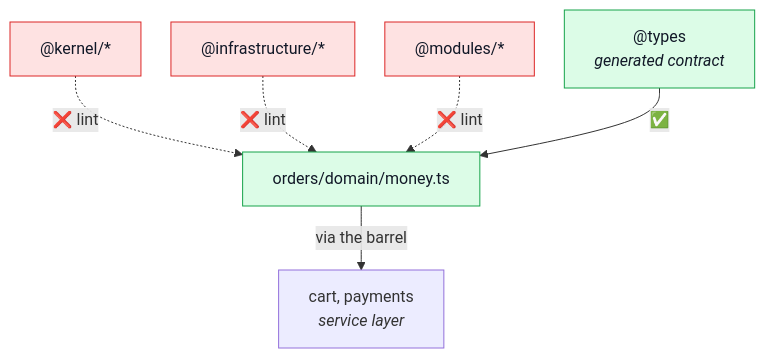
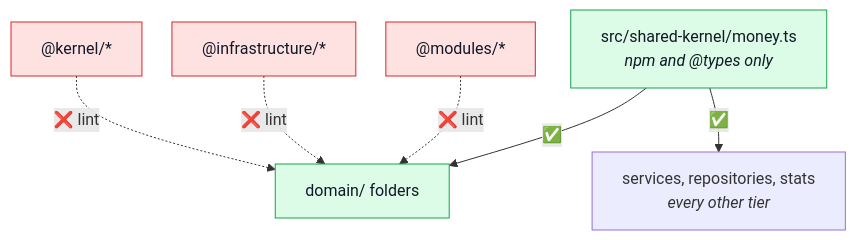
The tenth of 11 diagrams in docs/theory/tactical-ddd.md (Guebbit/boilerplate-node-backend), drawn with Mermaid before and after one commit. The commit also changed other lines of this file and 32 other files, not shown here.

First line of the commit message:
refactor(shared-kernel): move Money to its own tier that domain folders may import

````diff
--- a/docs/theory/tactical-ddd.md
+++ b/docs/theory/tactical-ddd.md
@@ -429,14 +429,14 @@
 ```mermaid
 %%{init: {'flowchart': {'nodeSpacing': 30, 'rankSpacing': 40}}}%%
 flowchart TD
-    K["@kernel/*"] -.->|"❌ lint"| D["orders/domain/money.ts"]
+    K["@kernel/*"] -.->|"❌ lint"| D["domain/ folders"]
     I["@infrastructure/*"] -.->|"❌ lint"| D
     S["@modules/*"] -.->|"❌ lint"| D
-    T["@types<br/><i>generated contract</i>"] -->|"✅"| D
-    D -->|"via the barrel"| C["cart, payments<br/><i>service layer</i>"]
+    SK["src/shared-kernel/money.ts<br/><i>npm and @types only</i>"] -->|"✅"| D
+    SK -->|"✅"| C["services, repositories, stats<br/><i>every other tier</i>"]
 
     classDef pure fill:#dcfce7,stroke:#16a34a,color:#111827;
     classDef banned fill:#fee2e2,stroke:#dc2626,color:#111827;
-    class D,T pure;
+    class D,SK pure;
     class K,I,S banned;
 ```
````
